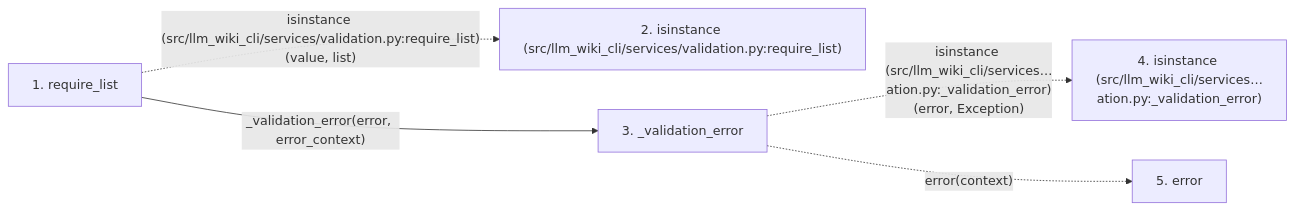
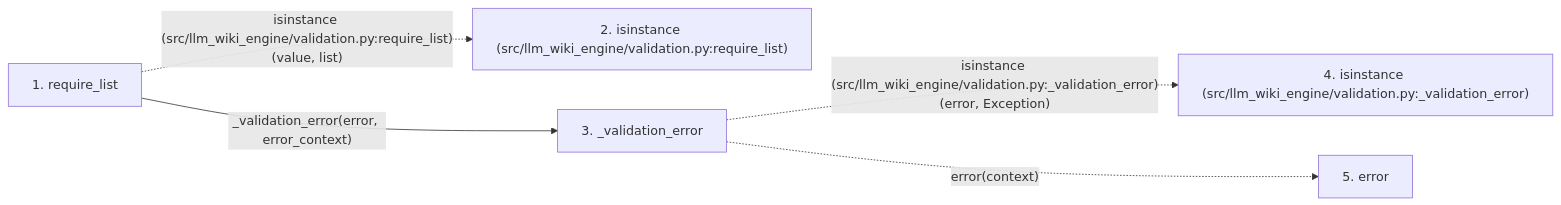
One commit to Denissvgn/python-wiki-llm changed the second of 2 diagrams in docs/llm_wiki/flows/api-require_list.md. Above: the diagram before and after it, drawn with Mermaid. The commit also changed other lines of this file and 1103 other files, not shown here.

First line of the commit message:
docs: refresh the wiki for the llm-wiki-engine distribution

````diff
--- a/docs/llm_wiki/flows/api-require_list.md
+++ b/docs/llm_wiki/flows/api-require_list.md
@@ -42,14 +42,14 @@
 ```mermaid
 flowchart LR
     s1["1. require_list"]
-    s2["2. isinstance (src/llm_wiki_cli/services/validation.py:require_list)"]
+    s2["2. isinstance (src/llm_wiki_engine/validation.py:require_list)"]
     s3["3. _validation_error"]
-    s4["4. isinstance (src/llm_wiki_cli/services…ation.py:_validation_error)"]
+    s4["4. isinstance (src/llm_wiki_engine/validation.py:_validation_error)"]
     s5["5. error"]
-    s1 -. "isinstance (src/llm_wiki_cli/services/validation.py:require_list)(value, list)" .-> s2
+    s1 -. "isinstance (src/llm_wiki_engine/validation.py:require_list)(value, list)" .-> s2
     s1 -->|"_validation_error(error, error_context)"| s3
-    s3 -. "isinstance (src/llm_wiki_cli/services…ation.py:_validation_error)(error, Exception)" .-> s4
+    s3 -. "isinstance (src/llm_wiki_engine/validation.py:_validation_error)(error, Exception)" .-> s4
     s3 -. "error(context)" .-> s5
     click s1 "../modules/validation.md"
     click s3 "../modules/validation.md"
 ```
````
